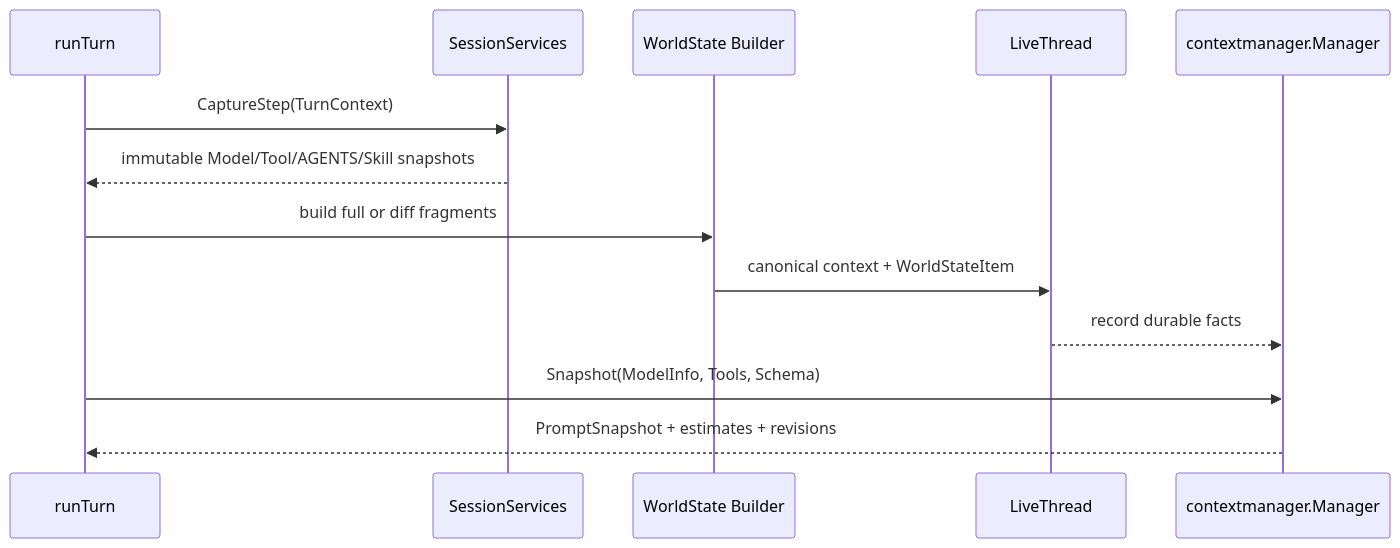
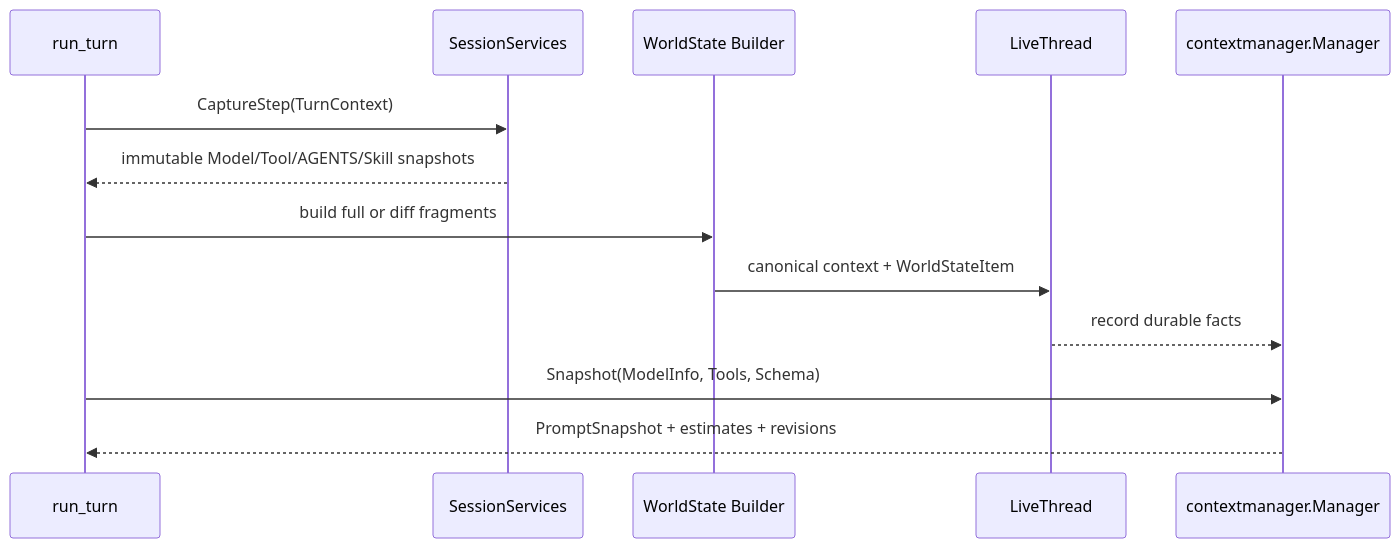
Before and after one commit to Godric-W/Amadeus: diagram 17 of 47 in docs/architecture-whitepaper.md, drawn with Mermaid. The commit also changed other lines of this file and 138 other files, not shown here.

Commit message:
feat: add persisted thread goals and align runtime architecture

````diff
--- a/docs/architecture-whitepaper.md
+++ b/docs/architecture-whitepaper.md
@@ -804,16 +968,16 @@
 ```mermaid
 sequenceDiagram
-    participant R as runTurn
+    participant R as run_turn
     participant S as SessionServices
     participant W as WorldState Builder
     participant L as LiveThread
     participant C as contextmanager.Manager
 
     R->>S: CaptureStep(TurnContext)
     S-->>R: immutable Model/Tool/AGENTS/Skill snapshots
     R->>W: build full or diff fragments
     W->>L: canonical context + WorldStateItem
     L-->>C: record durable facts
     R->>C: Snapshot(ModelInfo, Tools, Schema)
     C-->>R: PromptSnapshot + estimates + revisions
 ```
````
